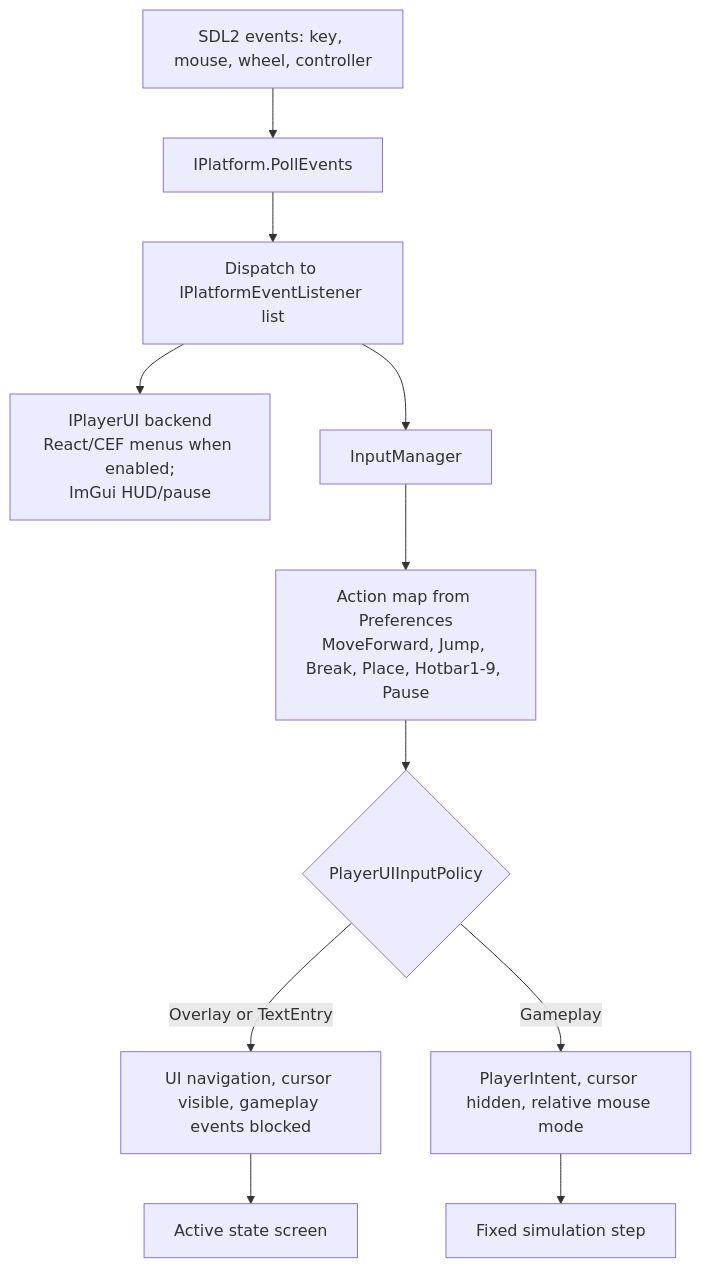
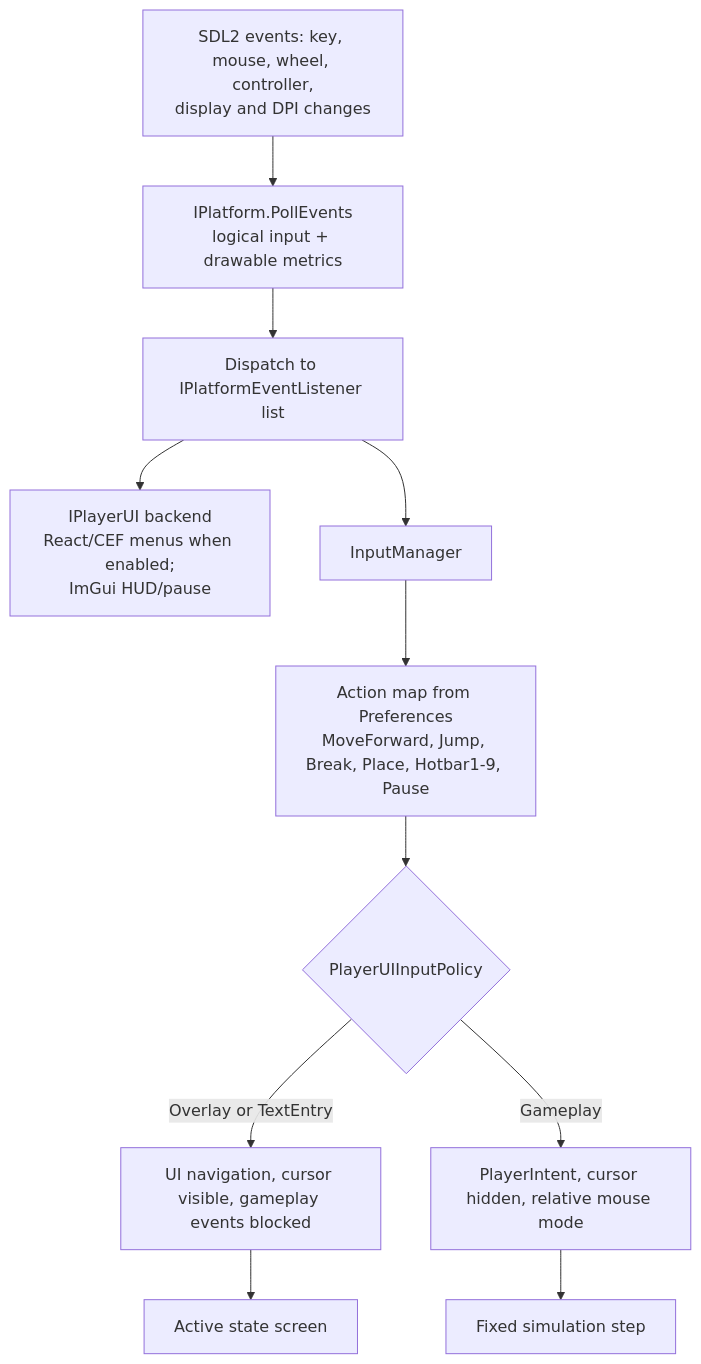
Before and after one commit to GoGurtPrime/voxels: the tenth of 17 diagrams in DIAGRAMS.md, drawn with Mermaid. The commit also changed other lines of this file and 20 other files, not shown here.

First line of the commit message:
Agent: Fix fullscreen display and CEF input synchronization

````diff
--- a/DIAGRAMS.md
+++ b/DIAGRAMS.md
@@ -369,13 +369,13 @@
 ```mermaid
 flowchart TD
-    SDL["SDL2 events: key, mouse, wheel, controller"] --> PLATE["IPlatform.PollEvents"]
+    SDL["SDL2 events: key, mouse, wheel, controller,<br/>display and DPI changes"] --> PLATE["IPlatform.PollEvents<br/>logical input + drawable metrics"]
     PLATE --> LISTEN["Dispatch to IPlatformEventListener list"]
     LISTEN --> UIL["IPlayerUI backend<br/>React/CEF menus when enabled;<br/>ImGui HUD/pause"]
     LISTEN --> IM["InputManager"]
     IM --> MAP["Action map from Preferences<br/>MoveForward, Jump, Break, Place, Hotbar1-9, Pause"]
     MAP --> CTX{"PlayerUIInputPolicy"}
     CTX -- Overlay or TextEntry --> UIACT["UI navigation, cursor visible, gameplay events blocked"]
     CTX -- Gameplay --> GACT["PlayerIntent, cursor hidden, relative mouse mode"]
     GACT --> SIMSTEP["Fixed simulation step"]
     UIACT --> SCREEN["Active state screen"]
 ```
````
